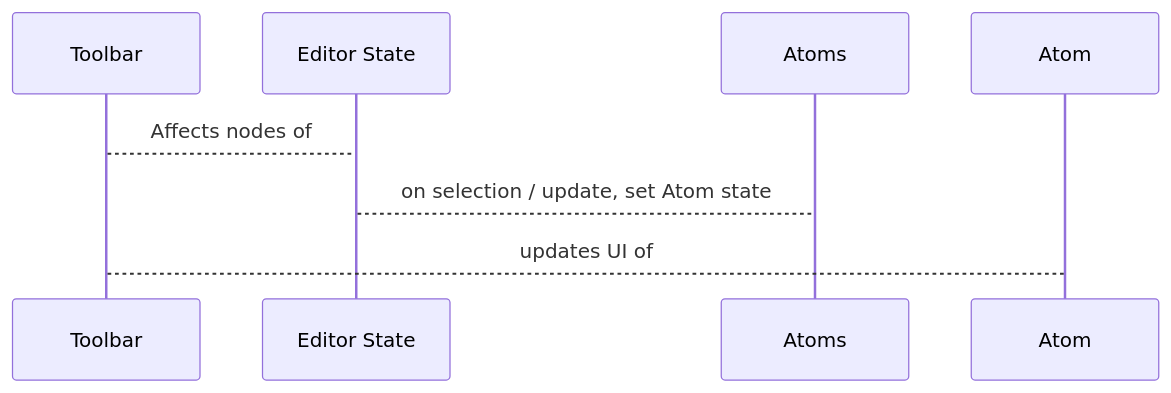
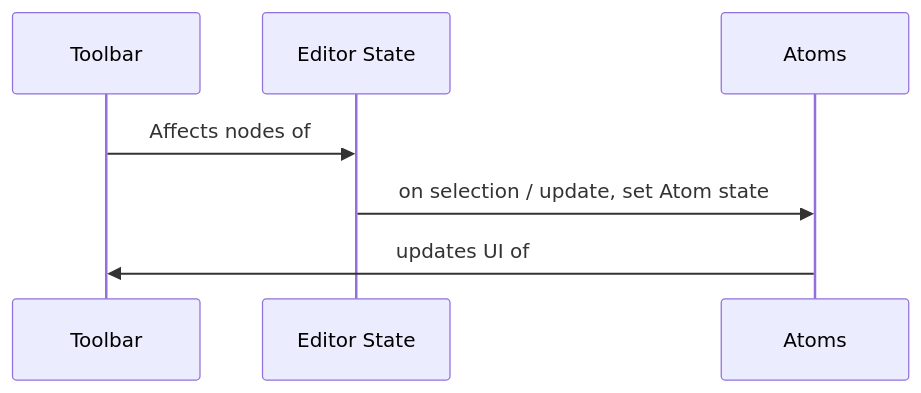
The diagram in EDITOR_STATE_DIAGRAM.md (dictybase-playground/dicty-editor-lexical), drawn with Mermaid before and after one commit.

Commit message:
fix(state diagram): remove accidental extra participant, fix arrows

````diff
--- a/EDITOR_STATE_DIAGRAM.md
+++ b/EDITOR_STATE_DIAGRAM.md
@@ -1,9 +1,9 @@
 ```mermaid
 sequenceDiagram
     participant Toolbar
     participant Editor State
     participant Atoms
-    Toolbar-->Editor State: Affects nodes of
-    Editor State-->Atoms: on selection / update, set Atom state
-    Atom-->Toolbar: updates UI of
+    Toolbar->>Editor State: Affects nodes of
+    Editor State->>Atoms: on selection / update, set Atom state
+    Atoms->>Toolbar: updates UI of
 ```
````
